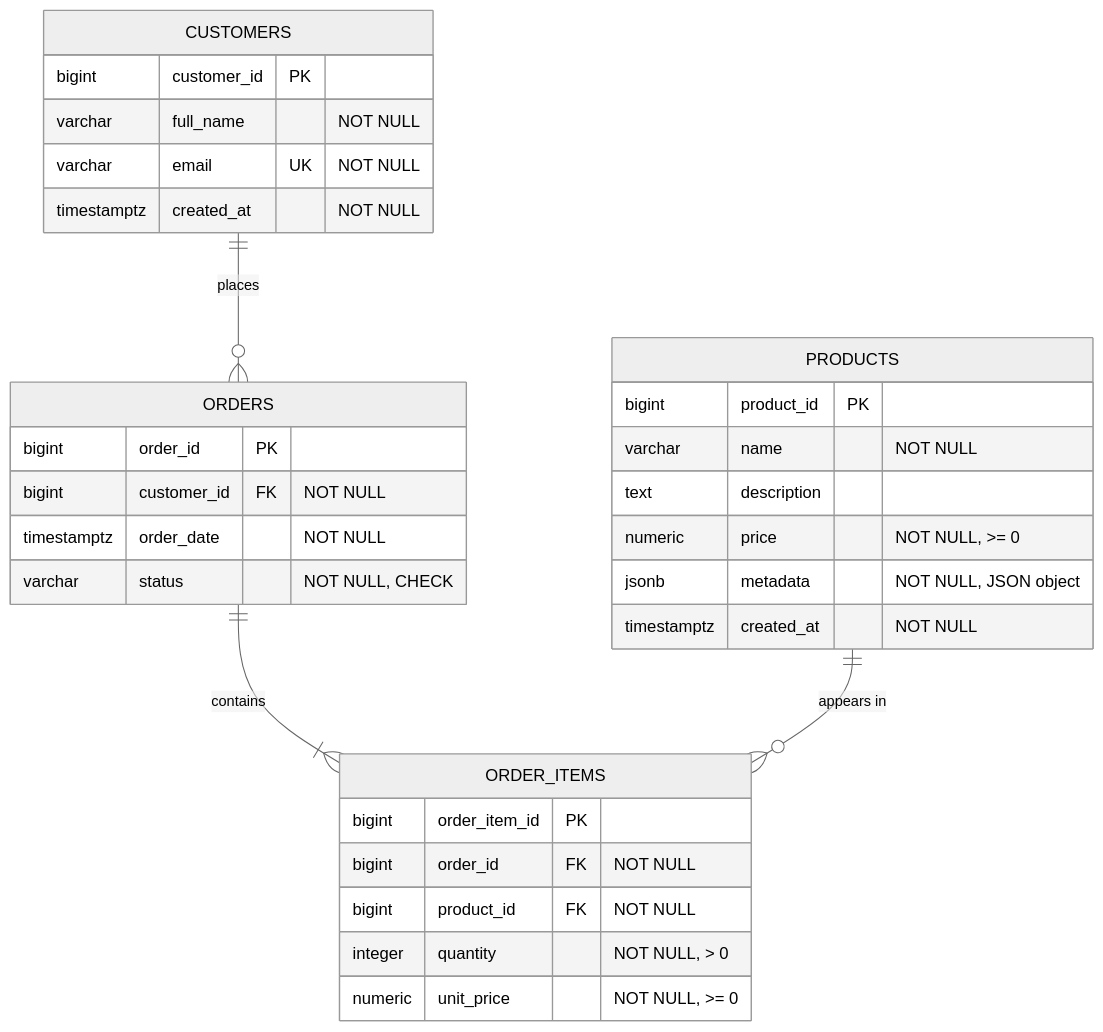
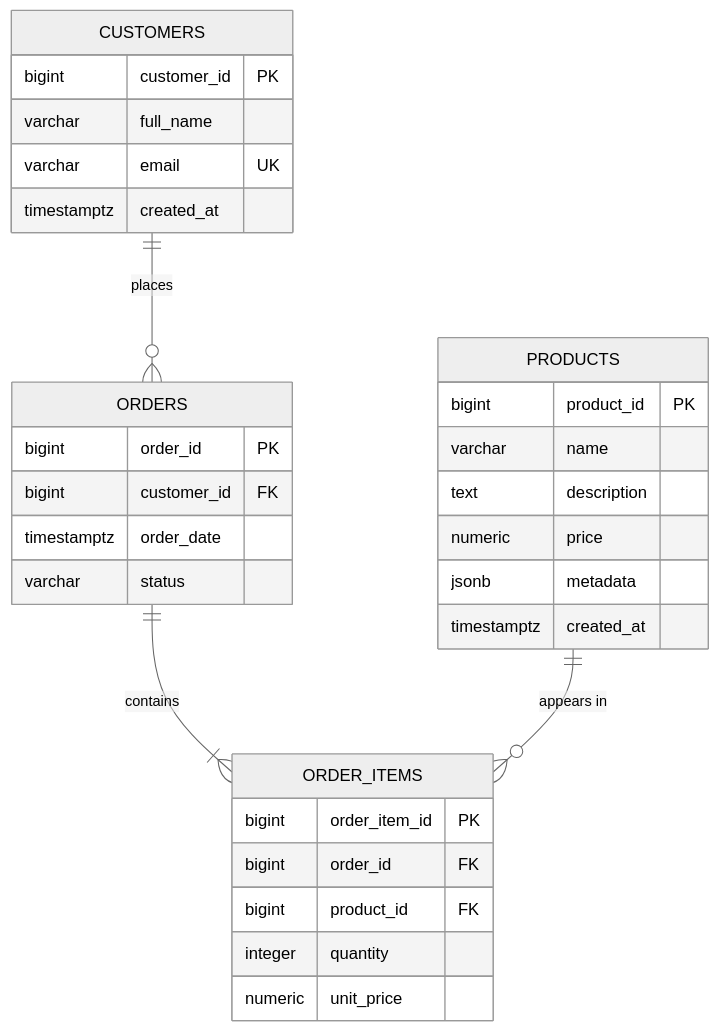
One commit to Aline-CROIRE/ecommerce-analytics-pipeline changed the diagram in README.md. Above: the diagram before and after it, drawn with Mermaid (neutral theme). The commit also changed other lines of this file and 4 other files, not shown here.

````diff
--- a/README.md
+++ b/README.md
@@ -132,34 +17,34 @@
 ```mermaid
 erDiagram
     CUSTOMERS ||--o{ ORDERS : places
     ORDERS ||--|{ ORDER_ITEMS : contains
     PRODUCTS ||--o{ ORDER_ITEMS : "appears in"
 
     CUSTOMERS {
         bigint customer_id PK
-        varchar full_name "NOT NULL"
-        varchar email UK "NOT NULL"
-        timestamptz created_at "NOT NULL"
+        varchar full_name
+        varchar email UK
+        timestamptz created_at
     }
     PRODUCTS {
         bigint product_id PK
-        varchar name "NOT NULL"
+        varchar name
         text description
-        numeric price "NOT NULL, >= 0"
-        jsonb metadata "NOT NULL, JSON object"
-        timestamptz created_at "NOT NULL"
+        numeric price
+        jsonb metadata
+        timestamptz created_at
     }
     ORDERS {
         bigint order_id PK
-        bigint customer_id FK "NOT NULL"
-        timestamptz order_date "NOT NULL"
-        varchar status "NOT NULL, CHECK"
+        bigint customer_id FK
+        timestamptz order_date
+        varchar status
     }
     ORDER_ITEMS {
         bigint order_item_id PK
-        bigint order_id FK "NOT NULL"
-        bigint product_id FK "NOT NULL"
-        integer quantity "NOT NULL, > 0"
-        numeric unit_price "NOT NULL, >= 0"
+        bigint order_id FK
+        bigint product_id FK
+        integer quantity
+        numeric unit_price
     }
 ```
````
